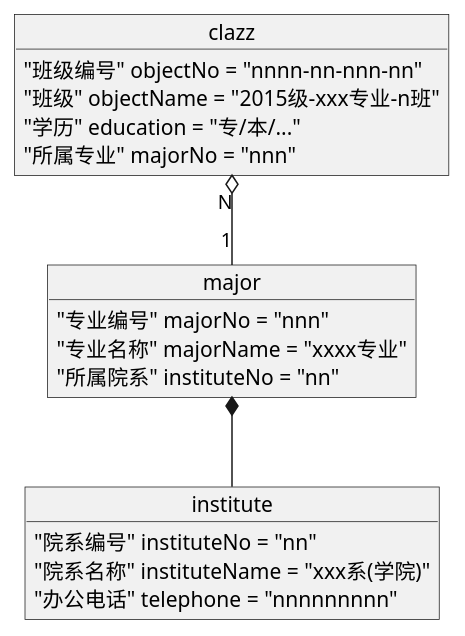
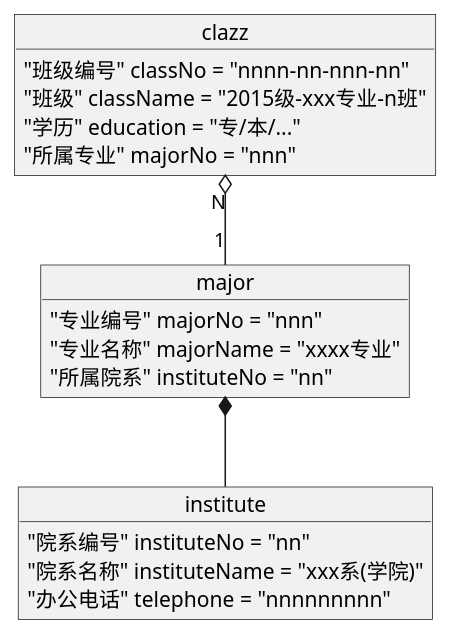
Before and after one commit to 201610414130/is_analysis-4: the fourth of 8 diagrams in test6/objectView.pu, drawn with PlantUML. The commit also changed other lines of this file and 7 other files, not shown here.

```diff
--- a/test6/objectView.pu
+++ b/test6/objectView.pu
@@ -32,20 +32,20 @@
 @startuml institute
 object clazz{
-    "班级编号" objectNo = "nnnn-nn-nnn-nn"
-    "班级" objectName = "2015级-xxx专业-n班"
+    "班级编号" classNo = "nnnn-nn-nnn-nn"
+    "班级" className = "2015级-xxx专业-n班"
     "学历" education = "专/本/..."
     "所属专业" majorNo = "nnn"
 }
 object major{
     "专业编号" majorNo = "nnn"
     "专业名称" majorName = "xxxx专业"
     "所属院系" instituteNo = "nn"
 }
 object institute{
     "院系编号" instituteNo = "nn"
     "院系名称" instituteName = "xxx系(学院)"
     "办公电话" telephone = "nnnnnnnnn"
 }
 clazz "N" o-- "1" major
 major *-- institute
 @enduml
```
